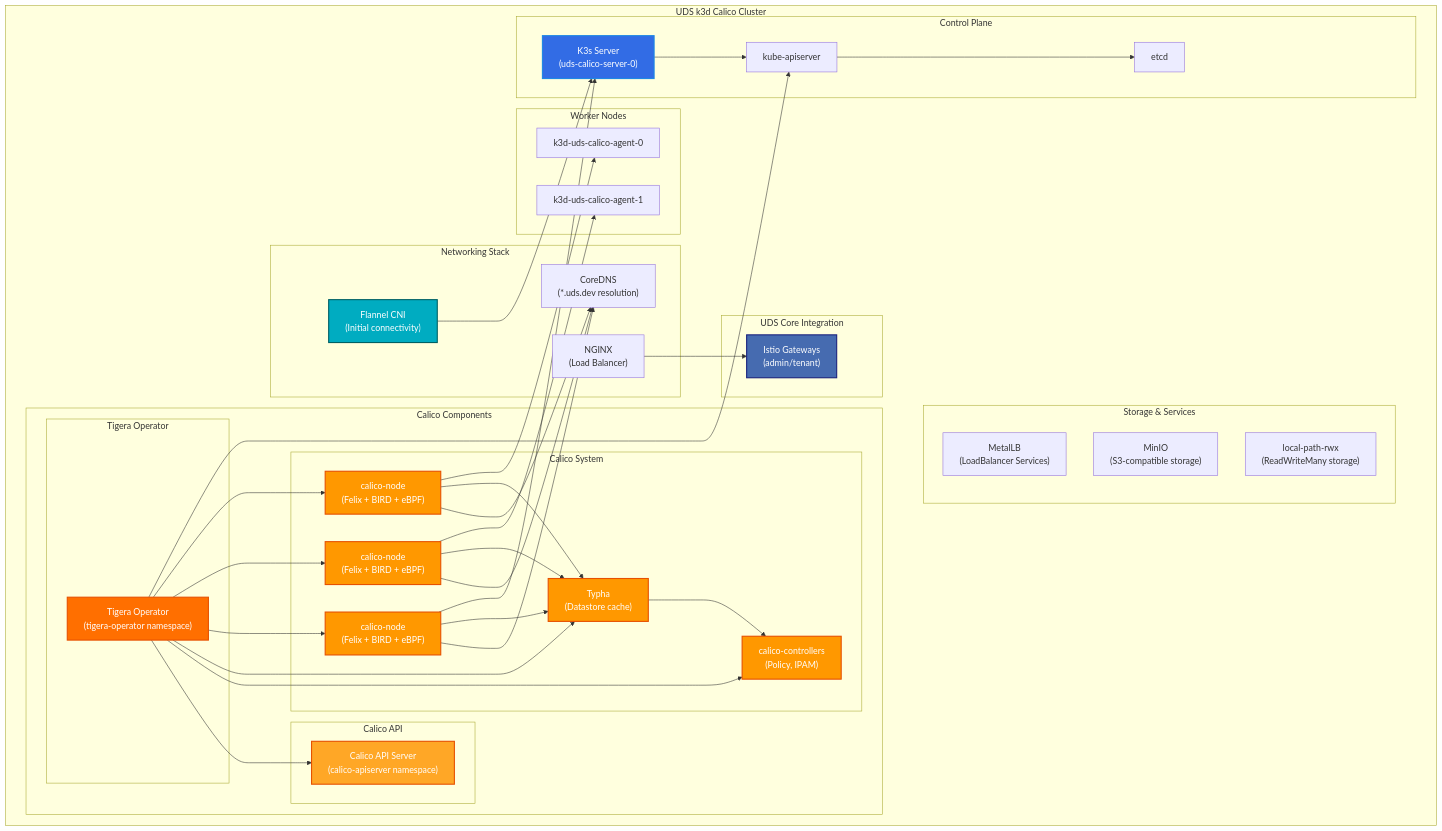
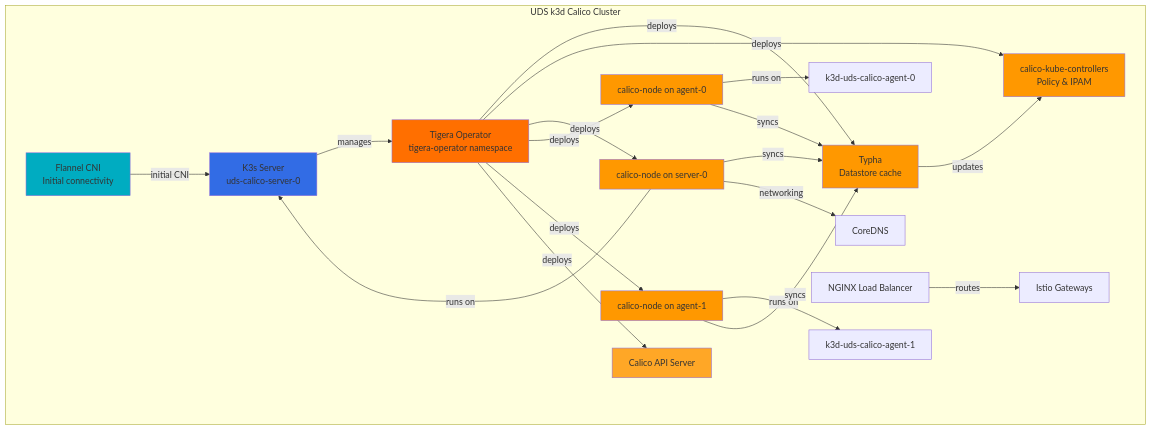
Before and after one commit to mkm29/uds-k3d-calico: the first of 3 diagrams in README.md, drawn with Mermaid. The commit also changed other lines of this file, not shown here.

Commit message:
fix: Update README to reflect package name change and enhance architecture diagrams

````diff
--- a/README.md
+++ b/README.md
@@ -78,85 +78,52 @@
 ```mermaid
 graph TB
-    subgraph "UDS k3d Calico Cluster"
-        subgraph "Control Plane"
-            K3S["K3s Server<br/>(uds-calico-server-0)"]
-            APISERVER["kube-apiserver"]
-            ETCD["etcd"]
-        end
-
-        subgraph "Worker Nodes"
-            AGENT0["k3d-uds-calico-agent-0"]
-            AGENT1["k3d-uds-calico-agent-1"]
-        end
-
-        subgraph "Calico Components"
-            subgraph "Tigera Operator"
-                TO["Tigera Operator<br/>(tigera-operator namespace)"]
-            end
-
-            subgraph "Calico System"
-                TYPHA["Typha<br/>(Datastore cache)"]
-                CC["calico-controllers<br/>(Policy, IPAM)"]
-                CN0["calico-node<br/>(Felix + BIRD + eBPF)"]
-                CN1["calico-node<br/>(Felix + BIRD + eBPF)"]
-                CN2["calico-node<br/>(Felix + BIRD + eBPF)"]
-            end
-
-            subgraph "Calico API"
-                CAPI["Calico API Server<br/>(calico-apiserver namespace)"]
-            end
-        end
-
-        subgraph "Networking Stack"
-            COREDNS["CoreDNS<br/>(*.uds.dev resolution)"]
-            FLANNEL["Flannel CNI<br/>(Initial connectivity)"]
-            NGINX["NGINX<br/>(Load Balancer)"]
-        end
-
-        subgraph "Storage & Services"
-            METALLB["MetalLB<br/>(LoadBalancer Services)"]
-            MINIO["MinIO<br/>(S3-compatible storage)"]
-            LOCALPATH["local-path-rwx<br/>(ReadWriteMany storage)"]
-        end
-
-        subgraph "UDS Core Integration"
-            ISTIO["Istio Gateways<br/>(admin/tenant)"]
-        end
+    subgraph cluster[UDS k3d Calico Cluster]
+        K3S[K3s Server<br/>uds-calico-server-0]
+        AGENT0[k3d-uds-calico-agent-0]  
+        AGENT1[k3d-uds-calico-agent-1]
+        
+        TO[Tigera Operator<br/>tigera-operator namespace]
+        TYPHA[Typha<br/>Datastore cache]
+        CC[calico-kube-controllers<br/>Policy & IPAM]
+        CN0[calico-node on server-0]
+        CN1[calico-node on agent-0]
+        CN2[calico-node on agent-1]
+        CAPI[Calico API Server]
+        
+        FLANNEL[Flannel CNI<br/>Initial connectivity]
+        COREDNS[CoreDNS]
+        NGINX[NGINX Load Balancer]
+        ISTIO[Istio Gateways]
     end
 
-    K3S --> APISERVER
-    APISERVER --> ETCD
-    TO --> APISERVER
-    TO --> CN0
-    TO --> CN1
-    TO --> CN2
-    TO --> TYPHA
-    TO --> CC
-    TO --> CAPI
+    K3S -->|manages| TO
+    TO -->|deploys| TYPHA
+    TO -->|deploys| CC
+    TO -->|deploys| CN0
+    TO -->|deploys| CN1
+    TO -->|deploys| CN2
+    TO -->|deploys| CAPI
+    
+    CN0 -->|runs on| K3S
+    CN1 -->|runs on| AGENT0
+    CN2 -->|runs on| AGENT1
+    
+    CN0 -->|syncs| TYPHA
+    CN1 -->|syncs| TYPHA
+    CN2 -->|syncs| TYPHA
+    TYPHA -->|updates| CC
+    
+    FLANNEL -->|initial CNI| K3S
+    CN0 -->|networking| COREDNS
+    NGINX -->|routes| ISTIO
 
-    CN0 --> AGENT0
-    CN1 --> AGENT1
-    CN2 --> K3S
-
-    TYPHA --> CC
-    CN0 --> TYPHA
-    CN1 --> TYPHA
-    CN2 --> TYPHA
-
-    FLANNEL --> K3S
-    CN0 --> COREDNS
-    CN1 --> COREDNS
-    CN2 --> COREDNS
-    NGINX --> ISTIO
-
-    style TO fill:#ff6f00,stroke:#e65100,stroke-width:2px,color:#fff
-    style TYPHA fill:#ff9800,stroke:#e65100,stroke-width:2px,color:#fff
-    style CC fill:#ff9800,stroke:#e65100,stroke-width:2px,color:#fff
-    style CN0 fill:#ff9800,stroke:#e65100,stroke-width:2px,color:#fff
-    style CN1 fill:#ff9800,stroke:#e65100,stroke-width:2px,color:#fff
-    style CN2 fill:#ff9800,stroke:#e65100,stroke-width:2px,color:#fff
-    style CAPI fill:#ffa726,stroke:#e65100,stroke-width:2px,color:#fff
-    style K3S fill:#326ce5,stroke:#1e88e5,stroke-width:2px,color:#fff
-    style ISTIO fill:#466bb0,stroke:#1a237e,stroke-width:2px,color:#fff
-    style FLANNEL fill:#00acc1,stroke:#006064,stroke-width:2px,color:#fff
+    style TO fill:#ff6f00
+    style TYPHA fill:#ff9800
+    style CC fill:#ff9800
+    style CN0 fill:#ff9800
+    style CN1 fill:#ff9800
+    style CN2 fill:#ff9800
+    style CAPI fill:#ffa726
+    style K3S fill:#326ce5
+    style FLANNEL fill:#00acc1
 ```
````
